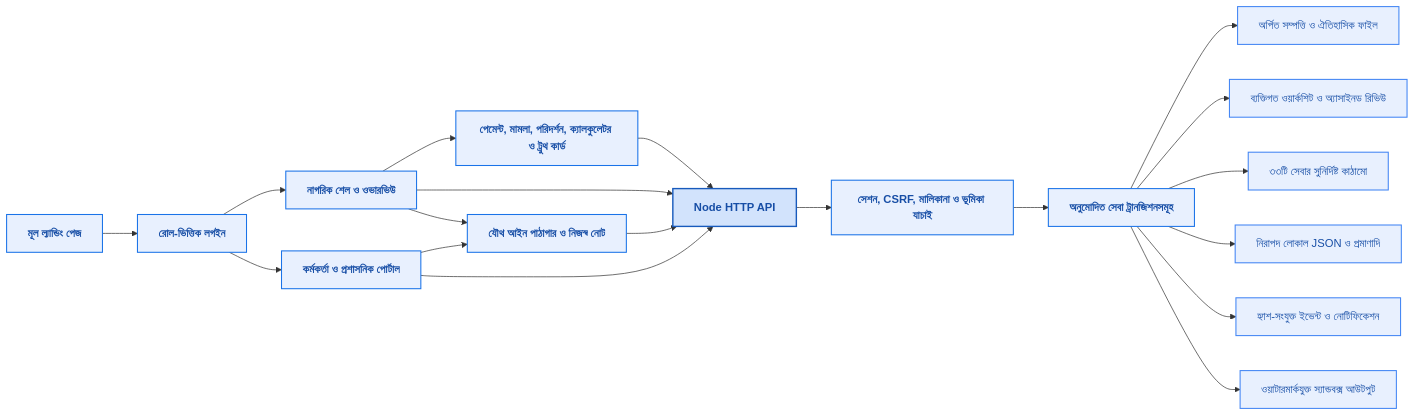
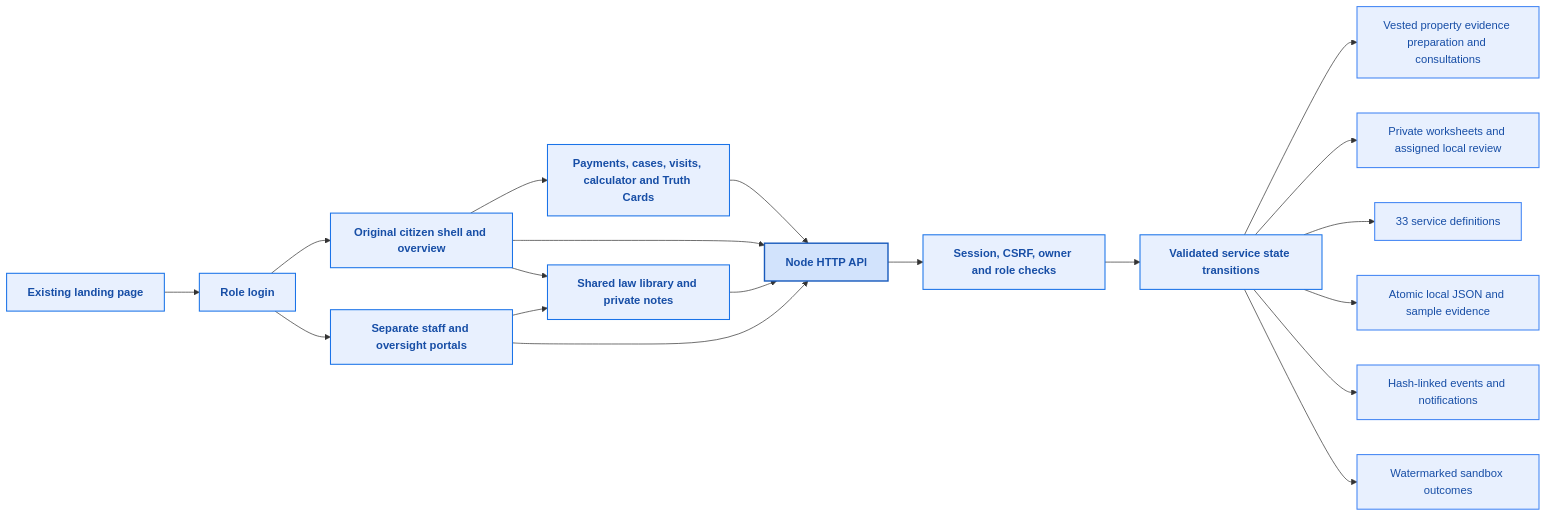
The third of 3 diagrams in README.md (Shreyalien/E-Bhumi), drawn with Mermaid before and after one commit. The commit also changed other lines of this file and 1 other file, not shown here.

````diff
--- a/README.md
+++ b/README.md
@@ -259,25 +270,25 @@
 ```mermaid
 flowchart LR
     classDef blueBox fill:#e8f0fe,stroke:#1a73e8,stroke-width:1.5px,color:#174ea6,font-weight:600;
     classDef blueServer fill:#d2e3fc,stroke:#185abc,stroke-width:2px,color:#174ea6,font-weight:600;
     classDef blueData fill:#e8f0fe,stroke:#4285f4,stroke-width:1.5px,color:#174ea6;
 
-    Public["মূল ল্যান্ডিং পেজ"]:::blueBox --> Login["রোল-ভিত্তিক লগইন"]:::blueBox
-    Login --> Citizen["নাগরিক শেল ও ওভারভিউ"]:::blueBox
-    Login --> Staff["কর্মকর্তা ও প্রশাসনিক পোর্টাল"]:::blueBox
-    Citizen --> Tools["পেমেন্ট, মামলা, পরিদর্শন, ক্যালকুলেটর ও ট্রুথ কার্ড"]:::blueBox
+    Public["Existing landing page"]:::blueBox --> Login["Role login"]:::blueBox
+    Login --> Citizen["Original citizen shell and overview"]:::blueBox
+    Login --> Staff["Separate staff and oversight portals"]:::blueBox
+    Citizen --> Tools["Payments, cases, visits, calculator and Truth Cards"]:::blueBox
     Tools --> API["Node HTTP API"]:::blueServer
     Citizen --> API
-    Staff --> Law["যৌথ আইন পাঠাগার ও নিজস্ব নোট"]:::blueBox
+    Staff --> Law["Shared law library and private notes"]:::blueBox
     Citizen --> Law
     Law --> API
     Staff --> API
-    API --> Guards["সেশন, CSRF, মালিকানা ও ভূমিকা যাচাই"]:::blueBox
-    Guards --> Workflows["অনুমোদিত সেবা ট্রানজিশনসমূহ"]:::blueBox
-    Workflows --> Legacy["অর্পিত সম্পত্তি ও ঐতিহাসিক ফাইল"]:::blueData
-    Workflows --> Dossiers["ব্যক্তিগত ওয়ার্কশিট ও অ্যাসাইনড রিভিউ"]:::blueData
-    Workflows --> Catalogue["৩৩টি সেবার সুনির্দিষ্ট কাঠামো"]:::blueData
-    Workflows --> Store["নিরাপদ লোকাল JSON ও প্রমাণাদি"]:::blueData
-    Workflows --> Audit["হ্যাশ-সংযুক্ত ইভেন্ট ও নোটিফিকেশন"]:::blueData
-    Workflows --> Output["ওয়াটারমার্কযুক্ত স্যান্ডবক্স আউটপুট"]:::blueData
+    API --> Guards["Session, CSRF, owner and role checks"]:::blueBox
+    Guards --> Workflows["Validated service state transitions"]:::blueBox
+    Workflows --> Legacy["Vested property evidence preparation and consultations"]:::blueData
+    Workflows --> Dossiers["Private worksheets and assigned local review"]:::blueData
+    Workflows --> Catalogue["33 service definitions"]:::blueData
+    Workflows --> Store["Atomic local JSON and sample evidence"]:::blueData
+    Workflows --> Audit["Hash-linked events and notifications"]:::blueData
+    Workflows --> Output["Watermarked sandbox outcomes"]:::blueData
 ```
````
